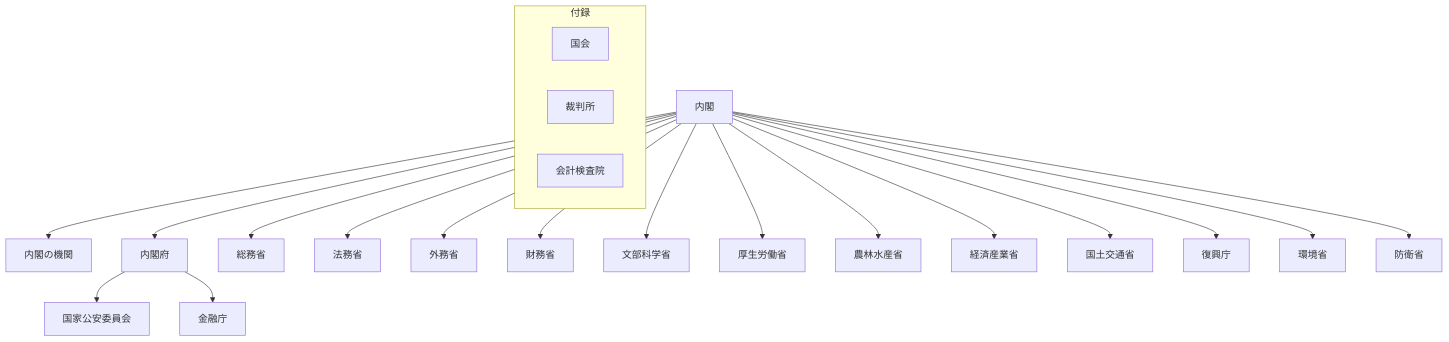
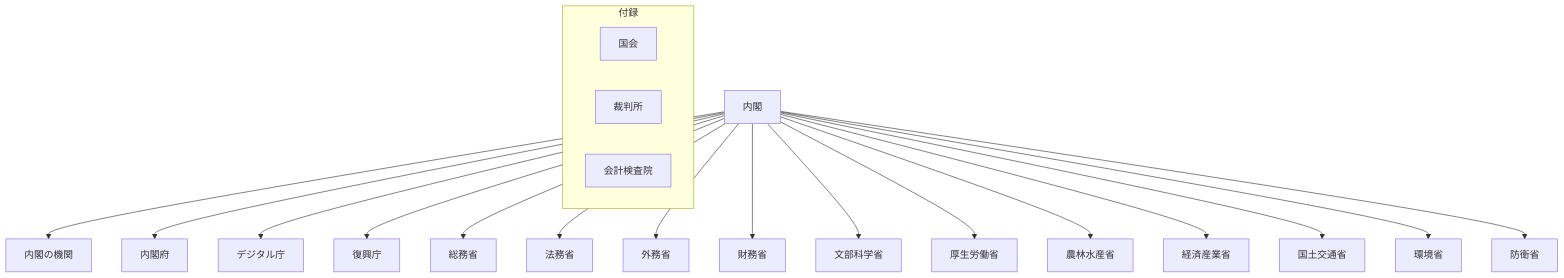
One commit to tatemaru/jp-admin-org-chart changed the diagram in README.md. Above: the diagram before and after it, drawn with Mermaid. The commit also changed other lines of this file and 18 other files, not shown here.

````diff
--- a/README.md
+++ b/README.md
@@ -9,25 +8,24 @@
 ```mermaid
 flowchart TB
   subgraph appendix["付録"]
     Diet["国会"]
     Court["裁判所"]
     Audit["会計検査院"]
   end
   Cab["内閣"]
   Cab --> NKikan["内閣の機関"]
   Cab --> CAO["内閣府"]
+  Cab --> Digital["デジタル庁"]
+  Cab --> Fukko["復興庁"]
   Cab --> Somu["総務省"]
   Cab --> Homu["法務省"]
   Cab --> Gaimu["外務省"]
   Cab --> Zaimu["財務省"]
   Cab --> Mext["文部科学省"]
   Cab --> Mhlw["厚生労働省"]
   Cab --> Maff["農林水産省"]
   Cab --> Meti["経済産業省"]
   Cab --> Mlit["国土交通省"]
-  Cab --> Fukko["復興庁"]
   Cab --> Env["環境省"]
-  CAO --> NPA["国家公安委員会"]
   Cab --> Mod["防衛省"]
-  CAO --> FSA["金融庁"]
 ```
````
